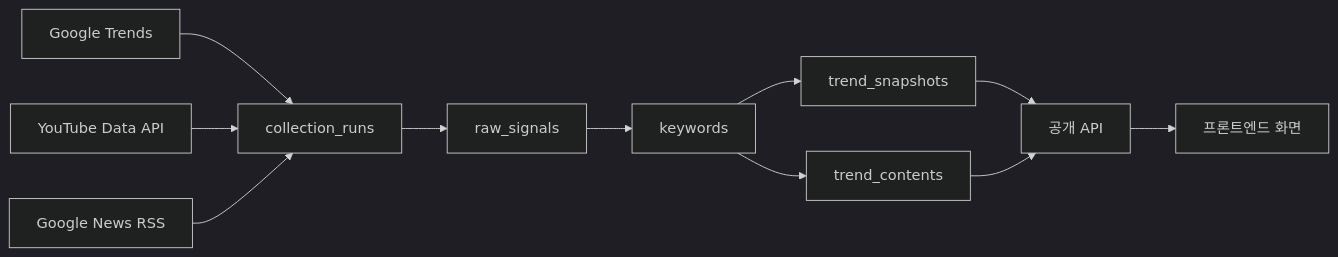
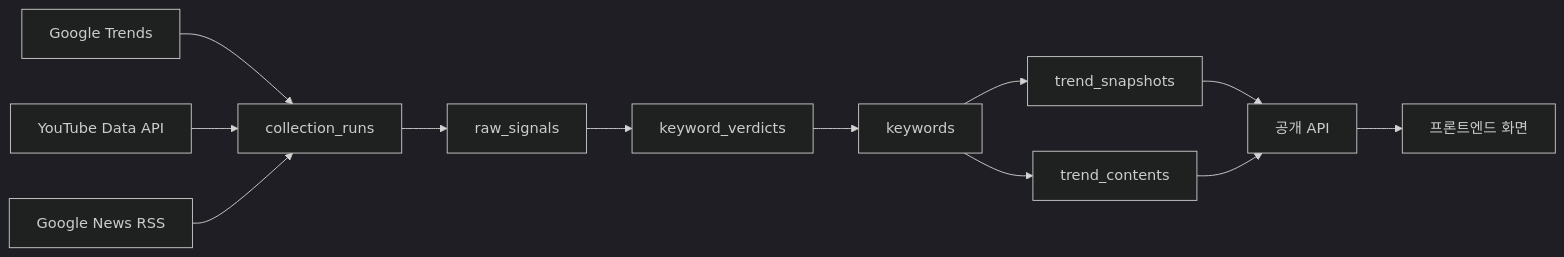
The diagram in docs/trend-data-schema-and-api-spec.md (songhaeunsong/TrendDrop), drawn with Mermaid (dark theme) before and after one commit. The commit also changed other lines of this file and 2 other files, not shown here.

````diff
--- a/docs/trend-data-schema-and-api-spec.md
+++ b/docs/trend-data-schema-and-api-spec.md
@@ -11,13 +11,14 @@
 ```mermaid
 flowchart LR
   A[Google Trends] --> R[collection_runs]
   B[YouTube Data API] --> R
   C[Google News RSS] --> R
   R --> S[raw_signals]
-  S --> K[keywords]
+  S --> V[keyword_verdicts]
+  V --> K[keywords]
   K --> T[trend_snapshots]
   K --> N[trend_contents]
   T --> API[공개 API]
   N --> API
   API --> FE[프론트엔드 화면]
 ```
````
